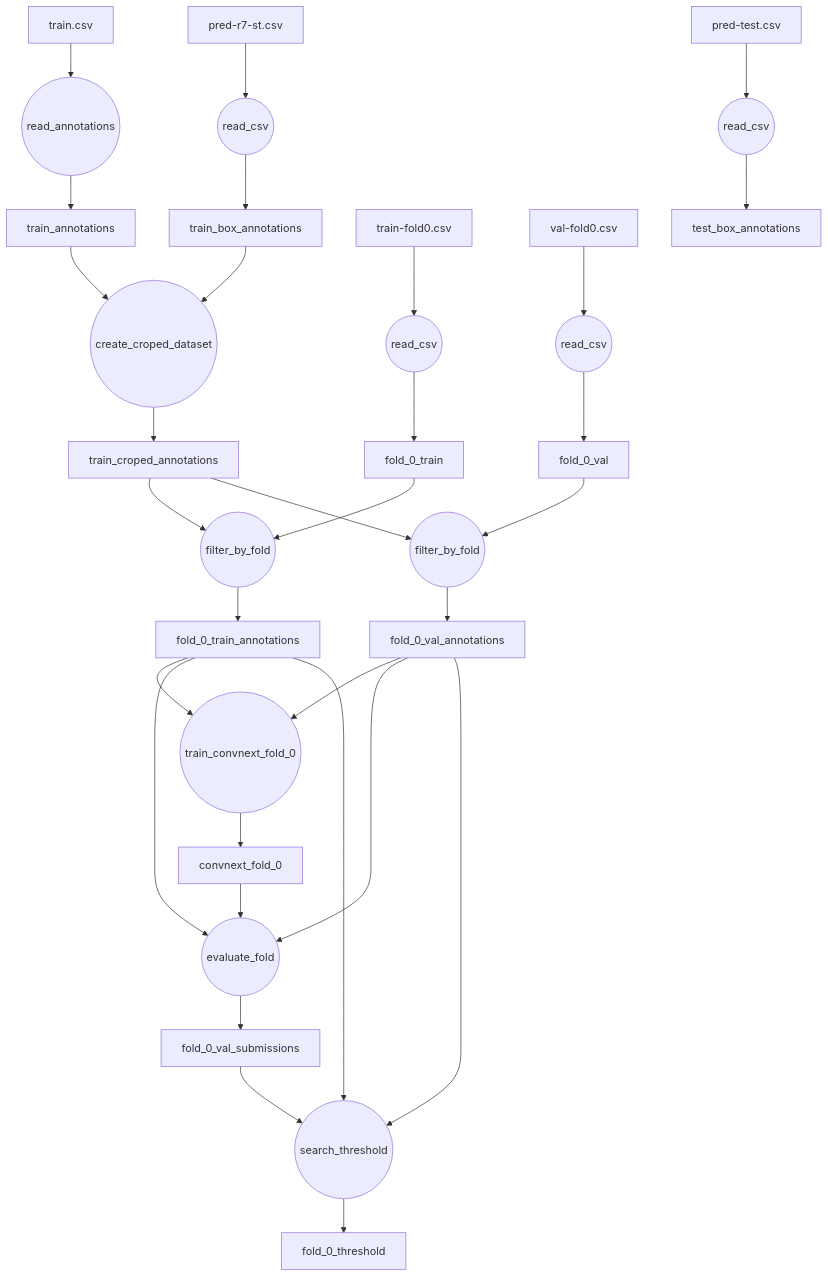
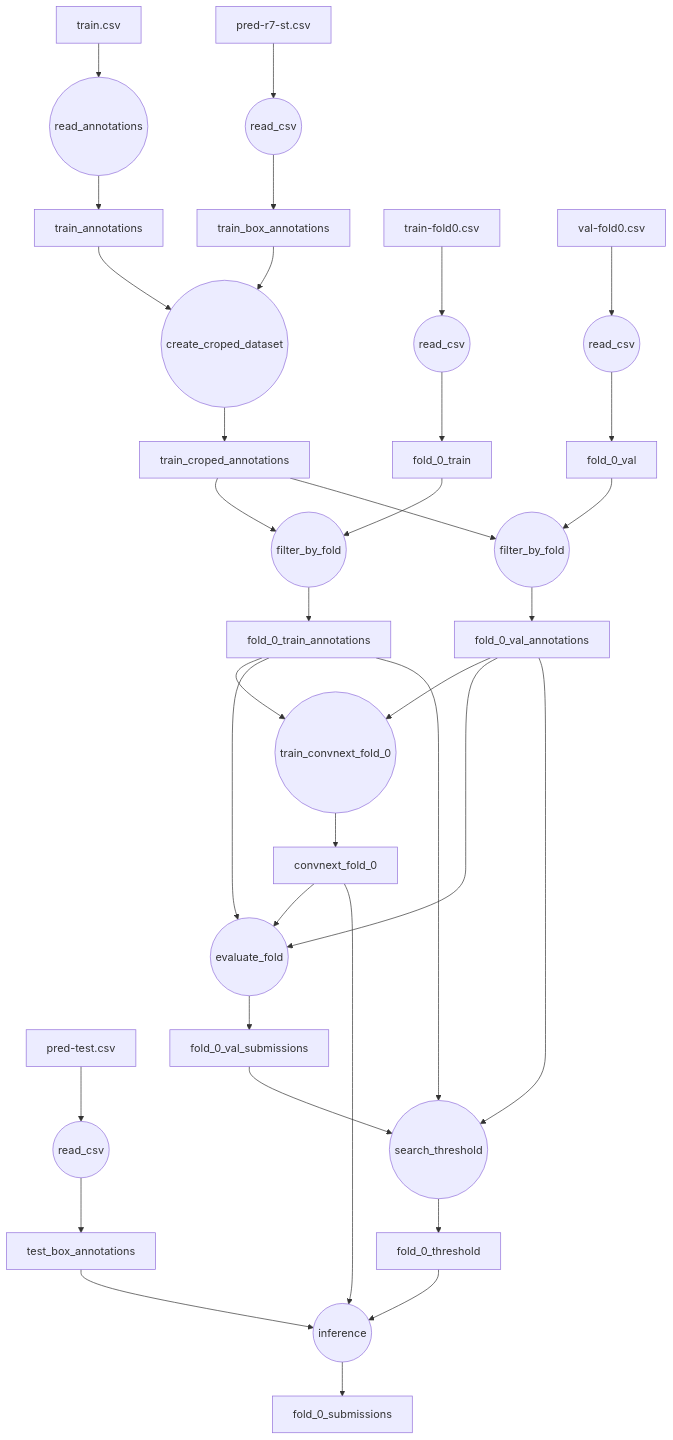
One commit to h4nyu/vision-tools changed the diagram in hwad_bench/README.md. Above: the diagram before and after it, drawn with Mermaid.

````diff
--- a/hwad_bench/README.md
+++ b/hwad_bench/README.md
@@ -1,25 +1,29 @@
 ```mermaid
 flowchart TB
 train.csv --> read_annotations((read_annotations))
 read_annotations --> train_annotations
 pred-r7-st.csv --> read_csv((read_csv)) --> train_box_annotations
 train_annotations --> create_croped_dataset0((create_croped_dataset)) --> train_croped_annotations
 train_box_annotations --> create_croped_dataset0
 train-fold0.csv --> read_csv0((read_csv)) --> fold_0_train
 val-fold0.csv --> read_csv1((read_csv)) --> fold_0_val
 train_croped_annotations --> filter_by_fold0((filter_by_fold)) --> fold_0_train_annotations
 fold_0_train --> filter_by_fold0
 train_croped_annotations --> filter_by_fold1((filter_by_fold)) --> fold_0_val_annotations
 fold_0_val --> filter_by_fold1
 
 fold_0_train_annotations --> train0((train_convnext_fold_0))
 fold_0_val_annotations --> train0
 pred-test.csv --> read_csv2((read_csv)) --> test_box_annotations
 train0((train_convnext_fold_0)) --> convnext_fold_0
 convnext_fold_0 --> evaluate_fold0((evaluate_fold)) 
 fold_0_train_annotations --> evaluate_fold0((evaluate_fold)) --> fold_0_val_submissions
 fold_0_val_annotations --> evaluate_fold0
 fold_0_val_submissions --> search_threshold((search_threshold)) --> fold_0_threshold
 fold_0_val_annotations --> search_threshold
 fold_0_train_annotations --> search_threshold
+
+fold_0_threshold --> inference0((inference)) --> fold_0_submissions
+convnext_fold_0 --> inference0
+test_box_annotations --> inference0
 ```
````
